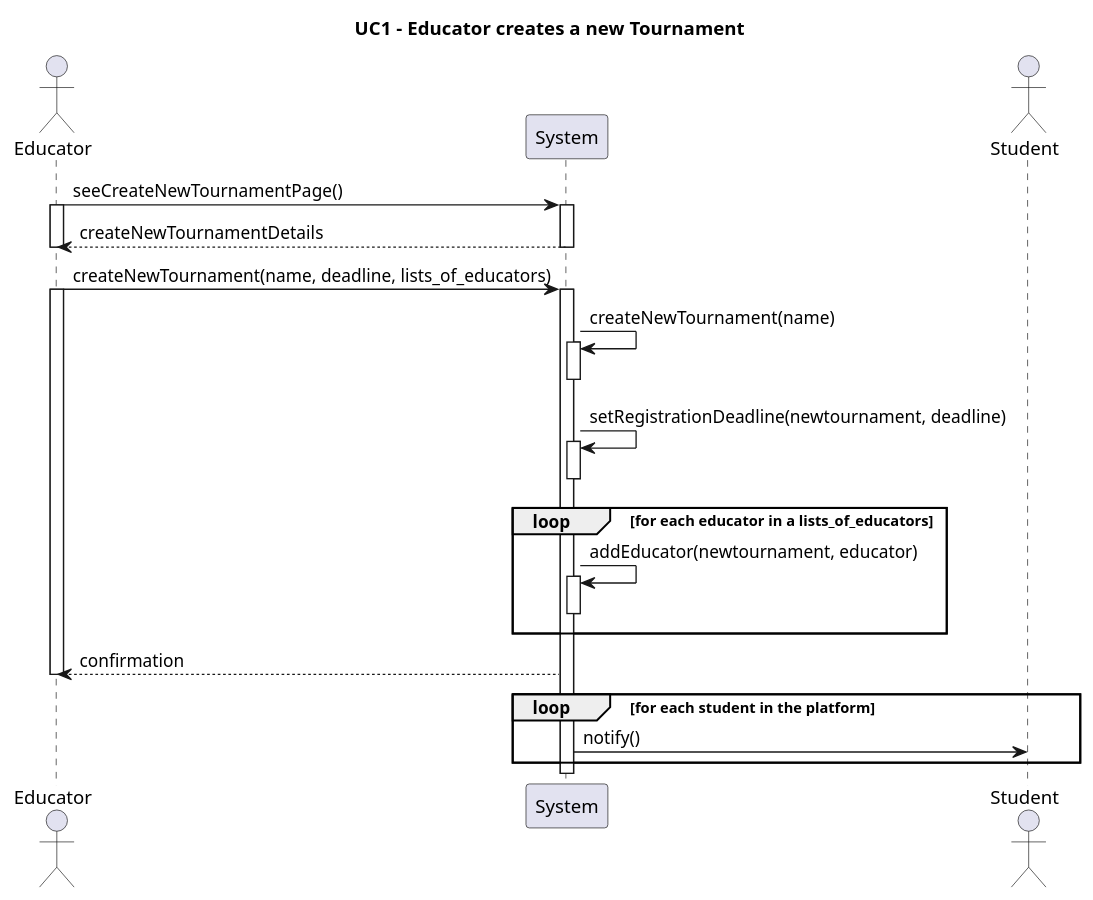
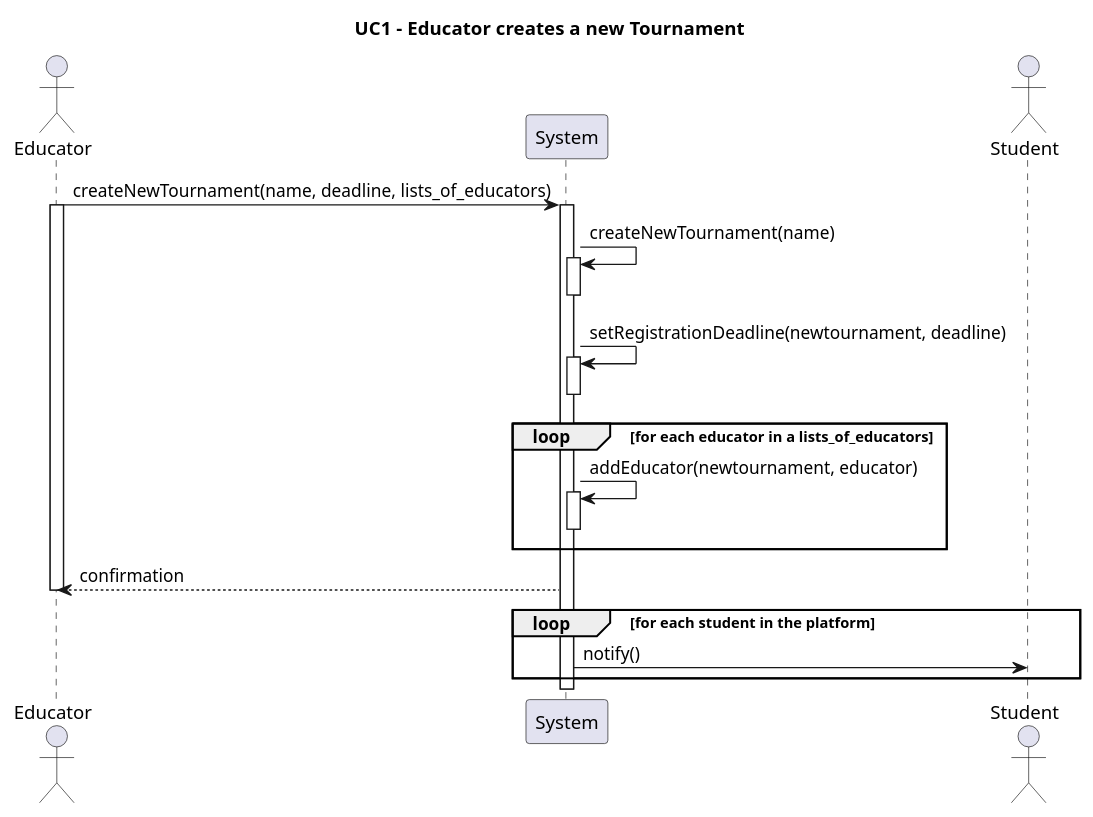
One commit to Furrrlo/CodeKataBattle changed the diagram in rasd/puml/UC1.puml. Above: the diagram before and after it, drawn with PlantUML. The commit also changed 7 other files, not shown here.

Commit message:
Fixed Entry and Flow for each Use Case wrt specs

```diff
--- a/rasd/puml/UC1.puml
+++ b/rasd/puml/UC1.puml
@@ -1,37 +1,33 @@
 @startuml UC1
 title UC1 - Educator creates a new Tournament    
 
 actor Educator
 
 participant System
 actor Student
 
-Educator -> System ++: seeCreateNewTournamentPage()
-activate Educator
-System --> Educator--: createNewTournamentDetails
-deactivate Educator
 
 Educator -> System ++: createNewTournament(name, deadline, lists_of_educators)
 activate Educator
 
 System -> System ++: createNewTournament(name)
 deactivate System
 
 System -> System ++: setRegistrationDeadline(newtournament, deadline)
 deactivate System
 
 loop for each educator in a lists_of_educators
     System -> System ++: addEducator(newtournament, educator)
     deactivate System
 end
 
 System --> Educator : confirmation
 deactivate Educator
 
 loop for each student in the platform
     System -> Student : notify()
 
 end
 
 
 @enduml
```
